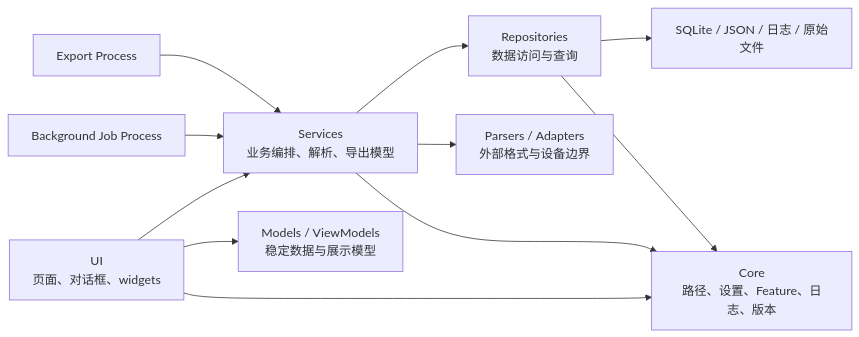
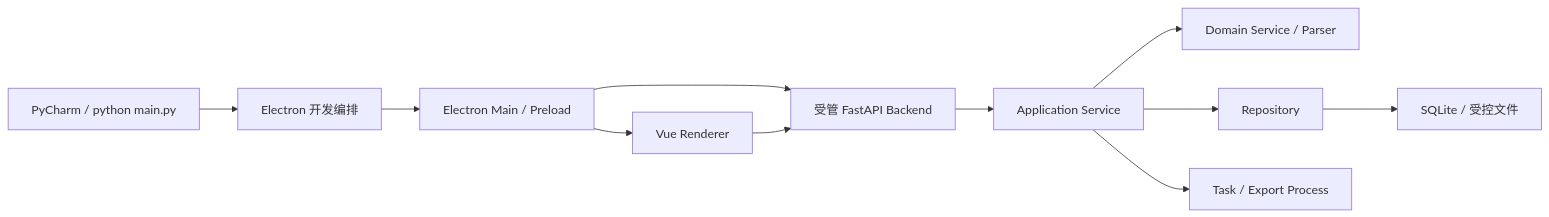
Before and after one commit to wxj183589/NetConsole: the diagram in docs/ARCHITECTURE.md, drawn with Mermaid. The commit also changed other lines of this file and 79 other files, not shown here.

````diff
--- a/docs/ARCHITECTURE.md
+++ b/docs/ARCHITECTURE.md
@@ -38,13 +11,13 @@
 ```mermaid
 flowchart LR
-    UI["UI\n页面、对话框、widgets"] --> SVC["Services\n业务编排、解析、导出模型"]
-    UI --> VM["Models / ViewModels\n稳定数据与展示模型"]
-    SVC --> REPO["Repositories\n数据访问与查询"]
-    SVC --> PARSER["Parsers / Adapters\n外部格式与设备边界"]
-    REPO --> STORE["SQLite / JSON / 日志 / 原始文件"]
-    UI --> CORE["Core\n路径、设置、Feature、日志、版本"]
-    SVC --> CORE
-    REPO --> CORE
-    JOB["Background Job Process"] --> SVC
-    EXP["Export Process"] --> SVC
+    P["PyCharm / python main.py"] --> D["Electron 开发编排"]
+    D --> E["Electron Main / Preload"]
+    E --> V["Vue Renderer"]
+    E --> B["受管 FastAPI Backend"]
+    V --> B
+    B --> A["Application Service"]
+    A --> S["Domain Service / Parser"]
+    A --> R["Repository"]
+    A --> J["Task / Export Process"]
+    R --> DB["SQLite / 受控文件"]
 ```
````
